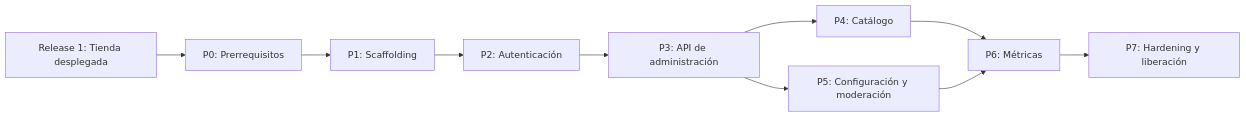
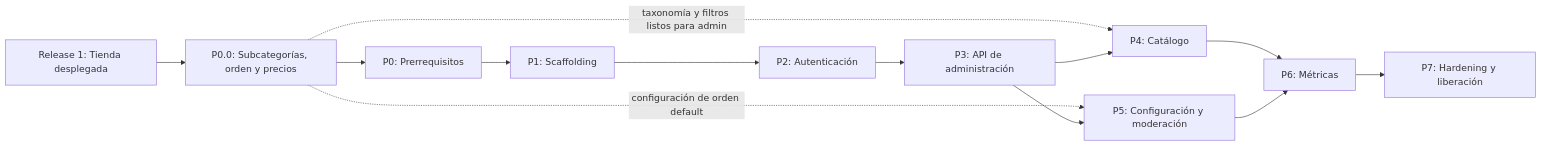
Before and after one commit to Jose-Pablo-Martinez/lectorPobre-catalog: the second of 2 diagrams in docs/panelControlImplementacion.md, drawn with Mermaid. The commit also changed other lines of this file, not shown here.

````diff
--- a/docs/panelControlImplementacion.md
+++ b/docs/panelControlImplementacion.md
@@ -430,12 +520,15 @@
 ```mermaid
 graph LR
-    R1[Release 1: Tienda desplegada] --> P0[P0: Prerrequisitos]
+    R1[Release 1: Tienda desplegada] --> P0_0[P0.0: Subcategorías, orden y precios]
+    P0_0 --> P0[P0: Prerrequisitos]
     P0 --> P1[P1: Scaffolding]
+    P0_0 -. taxonomía y filtros listos para admin .-> P4[P4: Catálogo]
+    P0_0 -. configuración de orden default .-> P5[P5: Configuración y moderación]
     P1 --> P2[P2: Autenticación]
     P2 --> P3[P3: API de administración]
-    P3 --> P4[P4: Catálogo]
-    P3 --> P5[P5: Configuración y moderación]
+    P3 --> P4
+    P3 --> P5
     P4 --> P6[P6: Métricas]
     P5 --> P6
     P6 --> P7[P7: Hardening y liberación]
 ```
````
